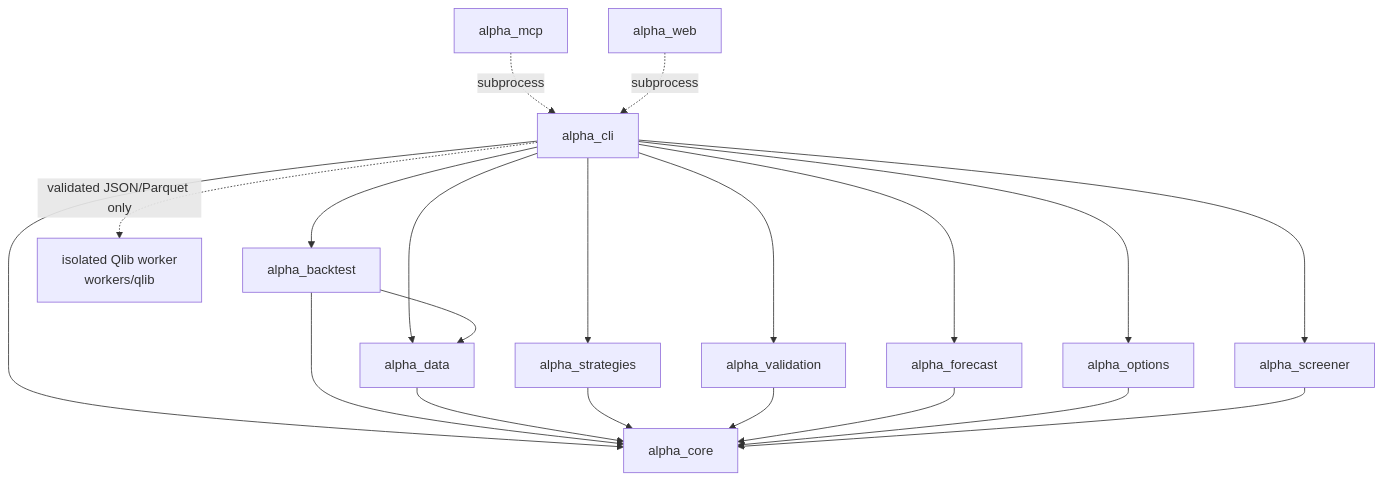
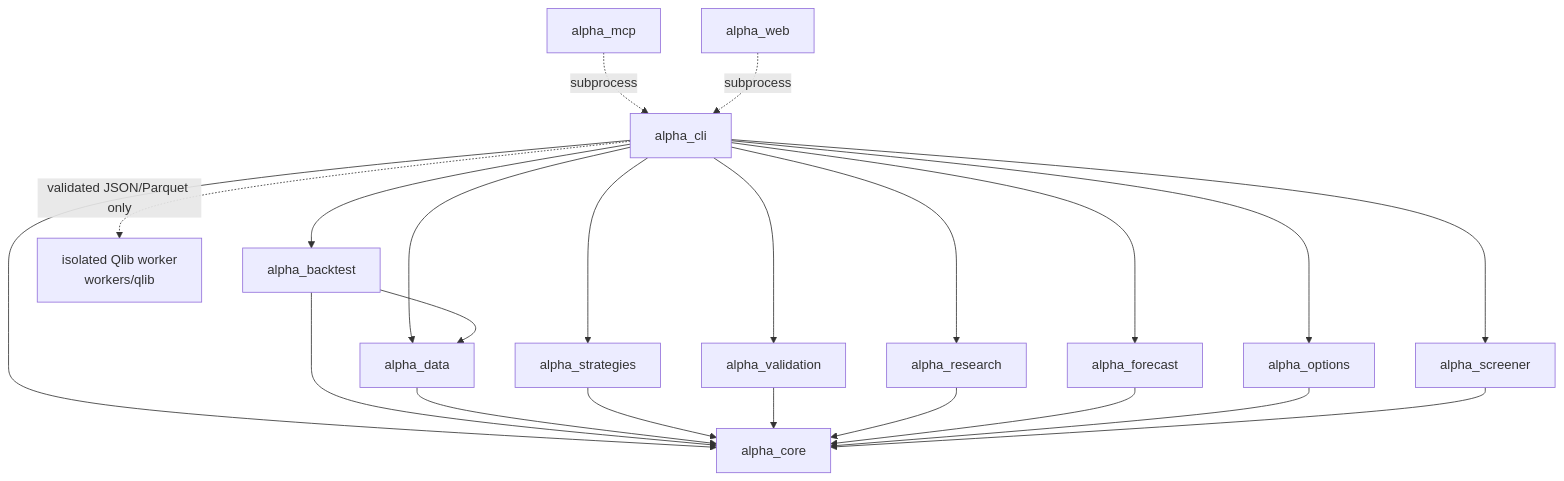
The first of 6 diagrams in docs/ARCHITECTURE.md (tradingsystem1880-eng/Project-ALPHA), drawn with Mermaid before and after one commit. The commit also changed other lines of this file and 14 other files, not shown here.

````diff
--- a/docs/ARCHITECTURE.md
+++ b/docs/ARCHITECTURE.md
@@ -19,35 +20,38 @@
 ```mermaid
 graph TD
     mcp[alpha_mcp]
     web[alpha_web]
     cli[alpha_cli]
     bt[alpha_backtest]
     data[alpha_data]
     strat[alpha_strategies]
     val[alpha_validation]
+    research[alpha_research]
     fc[alpha_forecast]
     opt[alpha_options]
     screen[alpha_screener]
     core[alpha_core]
     qlib["isolated Qlib worker\nworkers/qlib"]
 
     mcp -. subprocess .-> cli
     web -. subprocess .-> cli
     cli --> bt
     cli --> data
     cli --> strat
     cli --> val
+    cli --> research
     cli --> fc
     cli --> opt
     cli --> screen
     cli --> core
     bt --> data
     bt --> core
     data --> core
     strat --> core
     val --> core
+    research --> core
     fc --> core
     opt --> core
     screen --> core
     cli -. "validated JSON/Parquet only" .-> qlib
 ```
````
